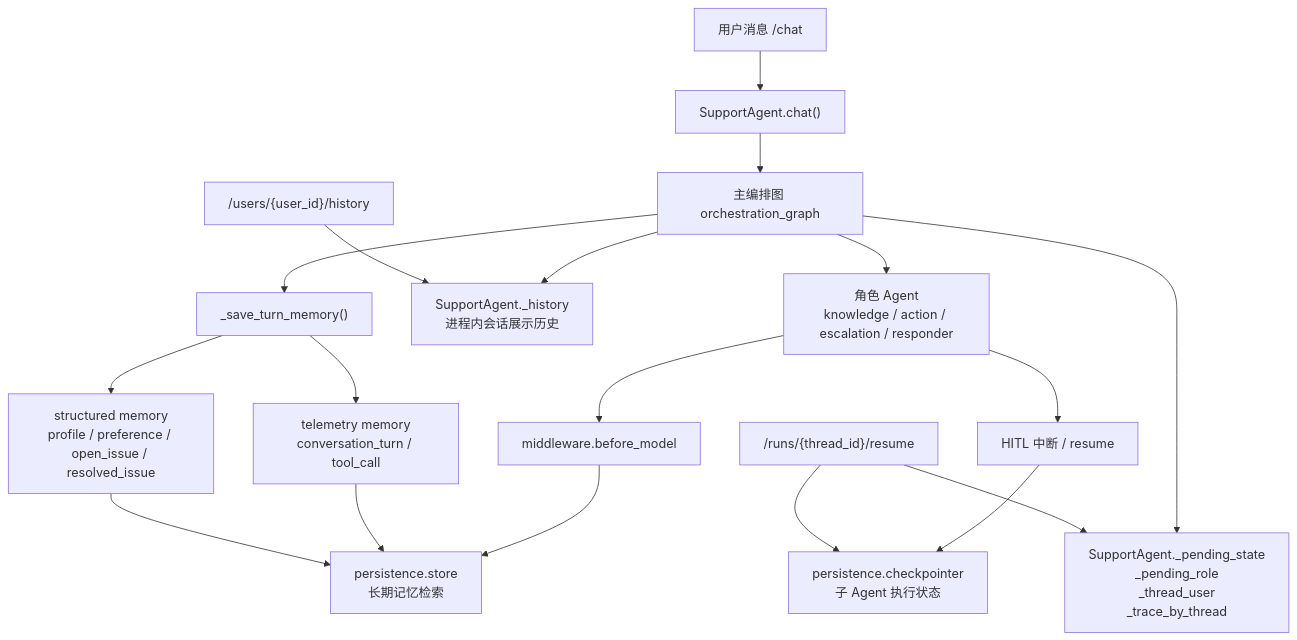
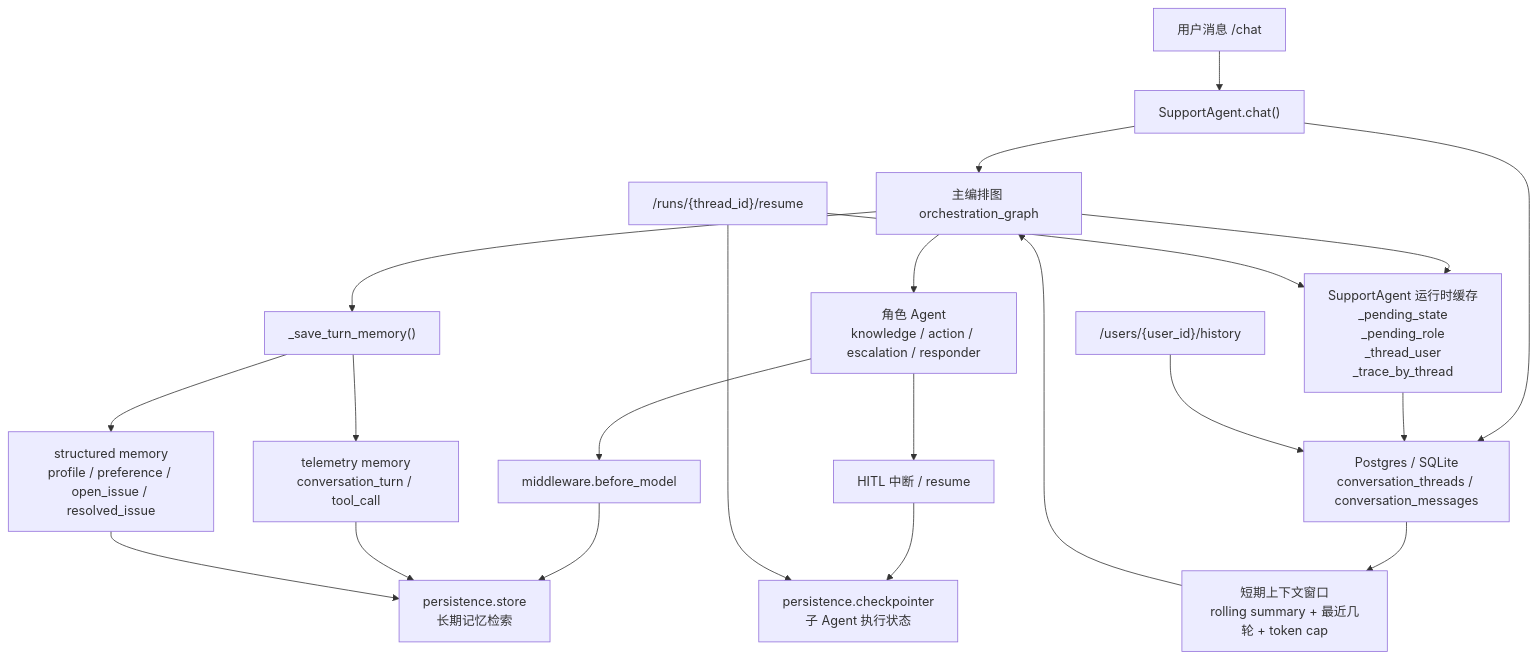
The diagram in MEMORY_ARCHITECTURE.md (Showmaker9945/CustomerSupport-Agent), drawn with Mermaid before and after one commit. The commit also changed other lines of this file and 14 other files, not shown here.

Commit message:
fix hitl resume flow and refresh docs

````diff
--- a/MEMORY_ARCHITECTURE.md
+++ b/MEMORY_ARCHITECTURE.md
@@ -15,25 +15,29 @@
 ```mermaid
 flowchart TD
     U["用户消息 /chat"] --> S["SupportAgent.chat()"]
     S --> G["主编排图 orchestration_graph"]
     G --> R["角色 Agent\nknowledge / action / escalation / responder"]
 
     R --> M1["middleware.before_model"]
     M1 --> MS["persistence.store\n长期记忆检索"]
 
     R --> HITL["HITL 中断 / resume"]
     HITL --> CP["persistence.checkpointer\n子 Agent 执行状态"]
 
-    G --> FH["SupportAgent._history\n进程内会话展示历史"]
-    G --> PS["SupportAgent._pending_state\n_pending_role\n_thread_user\n_trace_by_thread"]
+    S --> DB["Postgres / SQLite\nconversation_threads / conversation_messages"]
+    DB --> CTX["短期上下文窗口\nrolling summary + 最近几轮 + token cap"]
+    CTX --> G
+
+    G --> PS["SupportAgent 运行时缓存\n_pending_state\n_pending_role\n_thread_user\n_trace_by_thread"]
+    PS --> DB
 
     G --> WM["_save_turn_memory()"]
     WM --> TM["telemetry memory\nconversation_turn / tool_call"]
     WM --> SM["structured memory\nprofile / preference / open_issue / resolved_issue"]
     TM --> MS
     SM --> MS
 
-    API["/users/{user_id}/history"] --> FH
+    API["/users/{user_id}/history"] --> DB
     API2["/runs/{thread_id}/resume"] --> PS
     API2 --> CP
 ```
````
